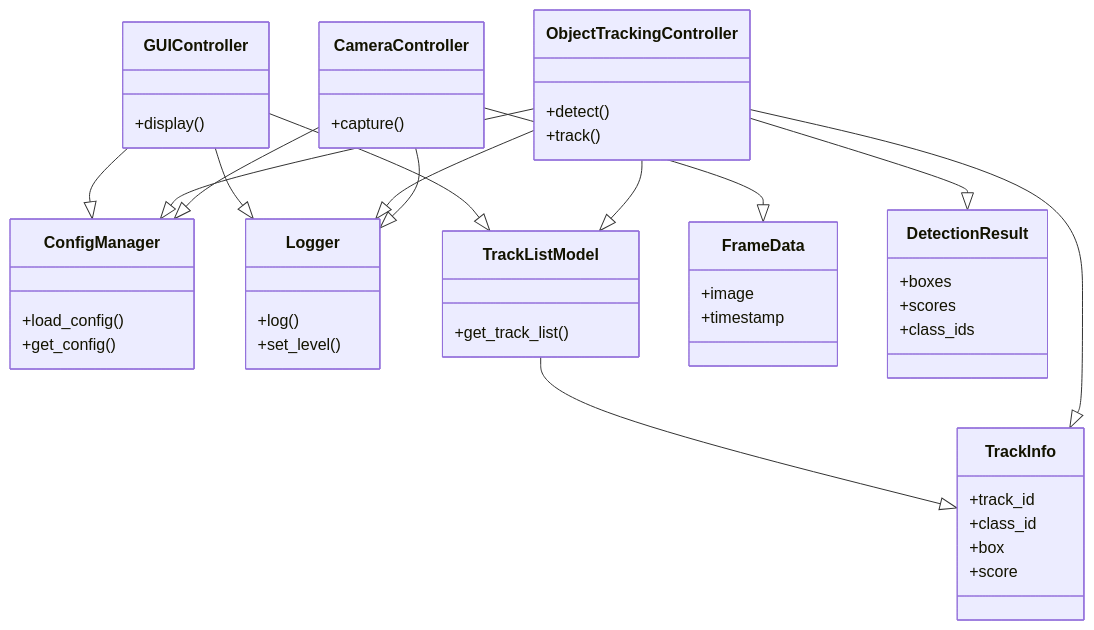
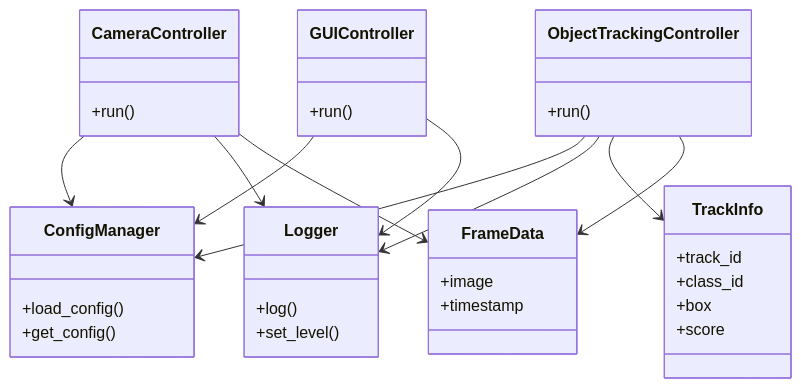
One commit to NobuoTsukamoto/multiprocess-object-tracker changed the diagram in README.md. Above: the diagram before and after it, drawn with Mermaid. The commit also changed other lines of this file and 8 other files, not shown here.

Commit message:
feat: migrate object tracking from bytetrack to supervision and update documentation

````diff
--- a/README.md
+++ b/README.md
@@ -121,52 +117,40 @@
 ```mermaid
 classDiagram
-    CameraController --|> ConfigManager
-    ObjectTrackingController --|> ConfigManager
-    GUIController --|> ConfigManager
-    CameraController --|> Logger
-    ObjectTrackingController --|> Logger
-    GUIController --|> Logger
-    ObjectTrackingController --|> TrackListModel
-    GUIController --|> TrackListModel
-    CameraController --|> FrameData
-    ObjectTrackingController --|> DetectionResult
-    ObjectTrackingController --|> TrackInfo
-    TrackListModel --|> TrackInfo
+    CameraController --> ConfigManager
+    ObjectTrackingController --> ConfigManager
+    GUIController --> ConfigManager
+    CameraController --> Logger
+    ObjectTrackingController --> Logger
+    GUIController --> Logger
+    CameraController --> FrameData
+    ObjectTrackingController --> TrackInfo
+    ObjectTrackingController --> FrameData
 
     class ConfigManager {
         +load_config()
         +get_config()
     }
     class Logger {
         +log()
         +set_level()
     }
     class CameraController {
-        +capture()
+        +run()
     }
     class ObjectTrackingController {
-        +detect()
-        +track()
+        +run()
     }
     class GUIController {
-        +display()
-    }
-    class TrackListModel {
-        +get_track_list()
+        +run()
     }
     class FrameData {
         +image
         +timestamp
-    }
-    class DetectionResult {
-        +boxes
-        +scores
-        +class_ids
     }
     class TrackInfo {
         +track_id
         +class_id
         +box
         +score
     }
 ```
````
